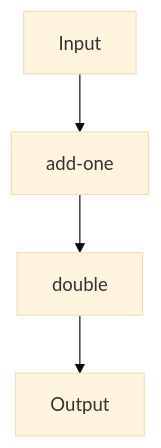
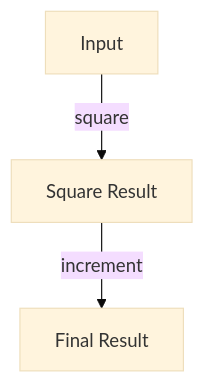
One commit to MasteryEducation/ClojureForJava.com changed the diagram in content/3/4/2/index.md. Above: the diagram before and after it, drawn with Mermaid (base theme). The commit also changed other lines of this file and 74 other files, not shown here.

````diff
--- a/content/3/4/2/index.md
+++ b/content/3/4/2/index.md
@@ -126,6 +153,5 @@
 ```mermaid
 graph TD;
-    A[Input] --> B[add-one];
-    B --> C[double];
-    C --> D[Output];
+    A[Input] -->|square| B[Square Result];
+    B -->|increment| C[Final Result];
 ```
````
